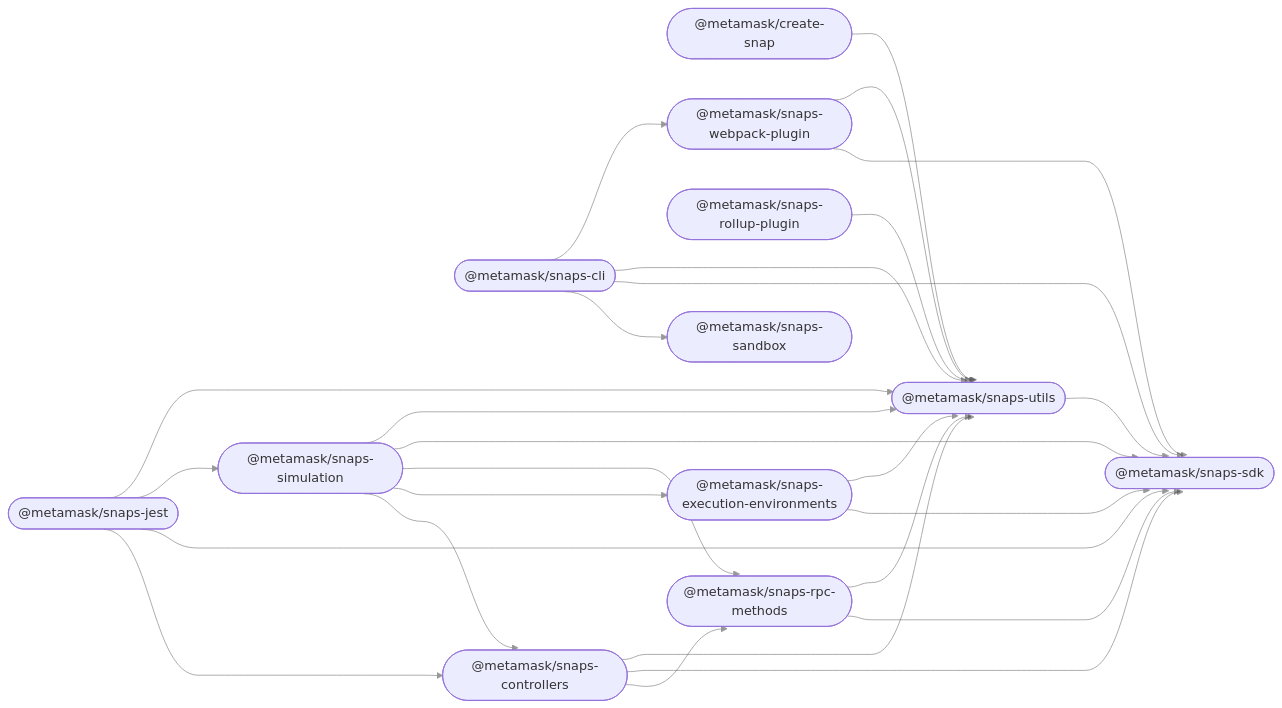
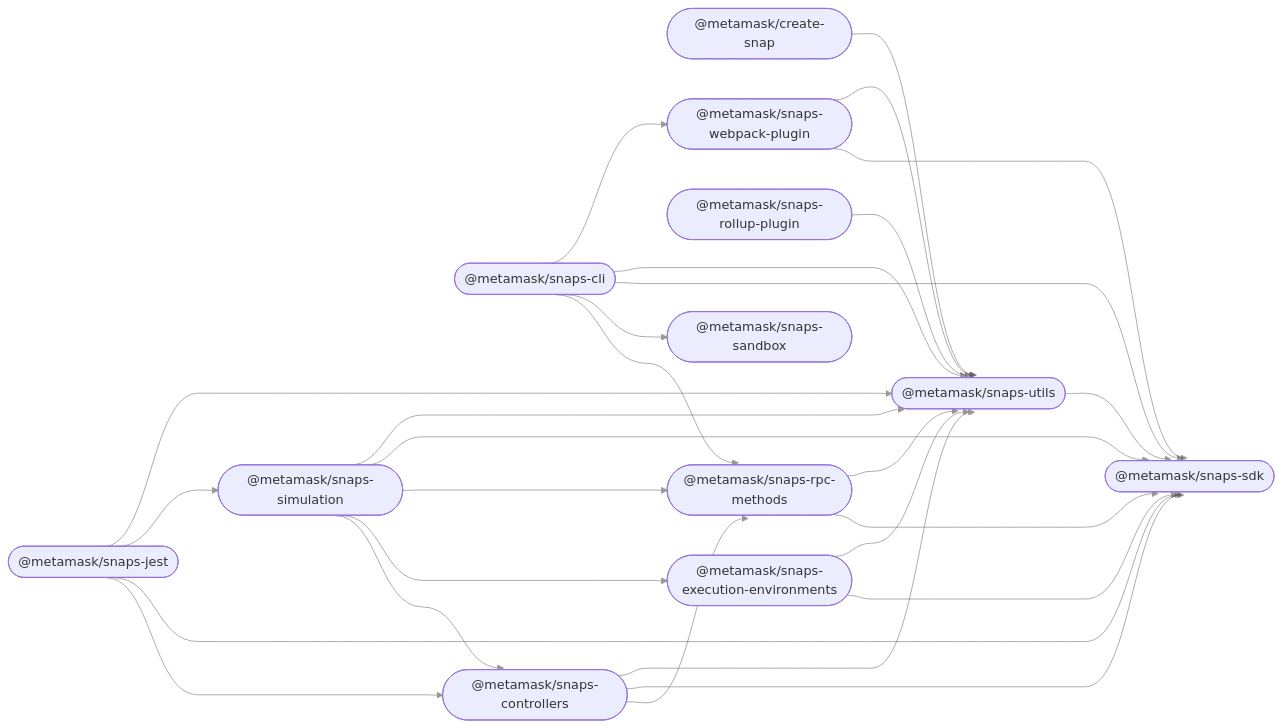
The diagram in README.md (MetaMask/snaps), drawn with Mermaid before and after one commit. The commit also changed 15 other files, not shown here.

````diff
--- a/README.md
+++ b/README.md
@@ -31,42 +31,43 @@
 ```mermaid
 %%{ init: { 'flowchart': { 'curve': 'bumpX' } } }%%
 graph LR;
 linkStyle default opacity:0.5
   create_snap(["@metamask/create-snap"]);
   snaps_cli(["@metamask/snaps-cli"]);
   snaps_controllers(["@metamask/snaps-controllers"]);
   snaps_execution_environments(["@metamask/snaps-execution-environments"]);
   snaps_jest(["@metamask/snaps-jest"]);
   snaps_rollup_plugin(["@metamask/snaps-rollup-plugin"]);
   snaps_rpc_methods(["@metamask/snaps-rpc-methods"]);
   snaps_sandbox(["@metamask/snaps-sandbox"]);
   snaps_sdk(["@metamask/snaps-sdk"]);
   snaps_simulation(["@metamask/snaps-simulation"]);
   snaps_utils(["@metamask/snaps-utils"]);
   snaps_webpack_plugin(["@metamask/snaps-webpack-plugin"]);
   create_snap --> snaps_utils;
+  snaps_cli --> snaps_rpc_methods;
   snaps_cli --> snaps_sandbox;
   snaps_cli --> snaps_sdk;
   snaps_cli --> snaps_utils;
   snaps_cli --> snaps_webpack_plugin;
   snaps_controllers --> snaps_rpc_methods;
   snaps_controllers --> snaps_sdk;
   snaps_controllers --> snaps_utils;
   snaps_execution_environments --> snaps_sdk;
   snaps_execution_environments --> snaps_utils;
   snaps_jest --> snaps_controllers;
   snaps_jest --> snaps_sdk;
   snaps_jest --> snaps_simulation;
   snaps_jest --> snaps_utils;
   snaps_rollup_plugin --> snaps_utils;
   snaps_rpc_methods --> snaps_sdk;
   snaps_rpc_methods --> snaps_utils;
   snaps_simulation --> snaps_controllers;
   snaps_simulation --> snaps_execution_environments;
   snaps_simulation --> snaps_rpc_methods;
   snaps_simulation --> snaps_sdk;
   snaps_simulation --> snaps_utils;
   snaps_utils --> snaps_sdk;
   snaps_webpack_plugin --> snaps_sdk;
   snaps_webpack_plugin --> snaps_utils;
 ```
````
